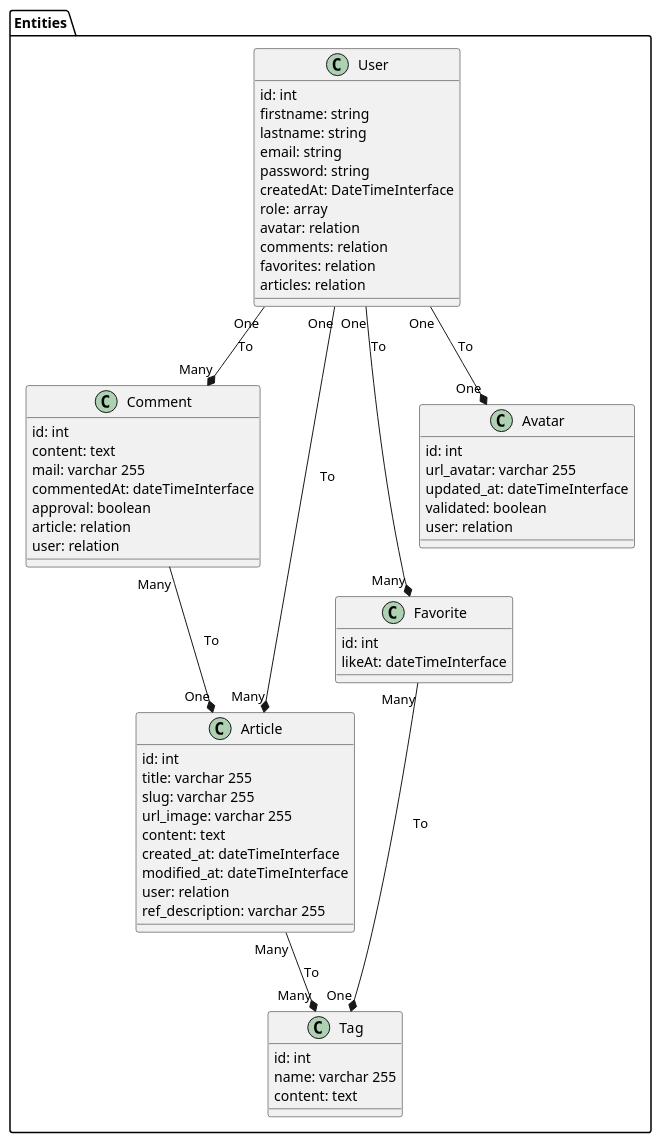
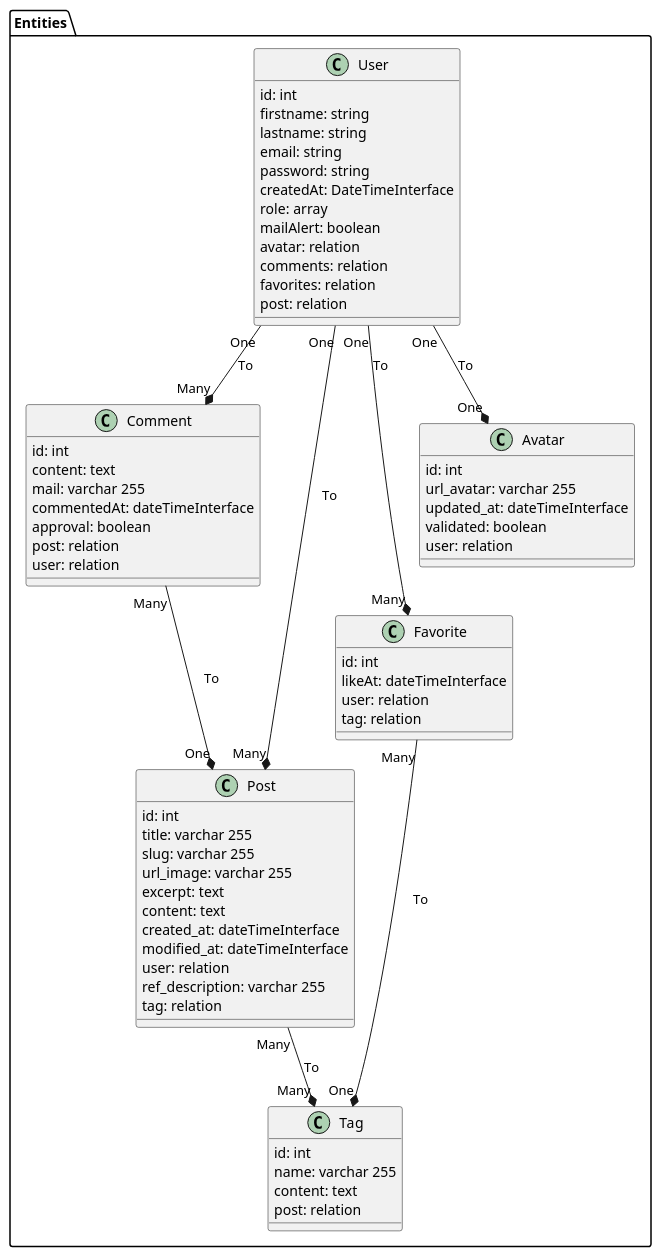
The diagram in docs/uml/bdd/entities-diagram.puml (SylvainGUERRIN/front2back), drawn with PlantUML before and after one commit. The commit also changed 5 other files, not shown here.

```diff
--- a/docs/uml/bdd/entities-diagram.puml
+++ b/docs/uml/bdd/entities-diagram.puml
@@ -1,68 +1,74 @@
 @startuml
 package "Entities" #FFF {
     class User {
         {field} id: int
         {field} firstname: string
         {field} lastname: string
         {field} email: string
         {field} password: string
         {field} createdAt: DateTimeInterface
         {field} role: array
+        {field} mailAlert: boolean
         {field} avatar: relation
         {field} comments: relation
         {field} favorites: relation
-        {field} articles: relation
+        {field} post: relation
     }
 
     class Comment {
         {field} id: int
         {field} content: text
         {field} mail: varchar 255
         {field} commentedAt: dateTimeInterface
         {field} approval: boolean
-        {field} article: relation
+        {field} post: relation
         {field} user: relation
     }
 
     class Favorite {
         {field} id: int
         {field} likeAt: dateTimeInterface
+        {field} user: relation
+        {field} tag: relation
     }
 
-    class Article {
+    class Post {
         {field} id: int
         {field} title: varchar 255
         {field} slug: varchar 255
         {field} url_image: varchar 255
+        {field} excerpt: text
         {field} content: text
         {field} created_at: dateTimeInterface
         {field} modified_at: dateTimeInterface
         {field} user: relation
         {field} ref_description: varchar 255
+        {field} tag: relation
     }
 
     class Tag {
         {field} id: int
         {field} name: varchar 255
         {field} content: text
+        {field} post: relation
     }
 
     class Avatar {
         {field} id: int
         {field} url_avatar: varchar 255
         {field} updated_at: dateTimeInterface
         {field} validated: boolean
         {field} user: relation
     }
 
-    User "One" --* "Many" Article : To
+    User "One" --* "Many" Post : To
     User "One" --* "Many" Comment : To
     User "One" --* "Many" Favorite : To
     User "One" --* "One" Avatar : To
 
     Favorite "Many" --* "One" Tag : To
-    Article "Many" --* "Many" Tag : To
+    Post "Many" --* "Many" Tag : To
 
-    Comment "Many" --* "One" Article : To
+    Comment "Many" --* "One" Post : To
 }
 @enduml
```
